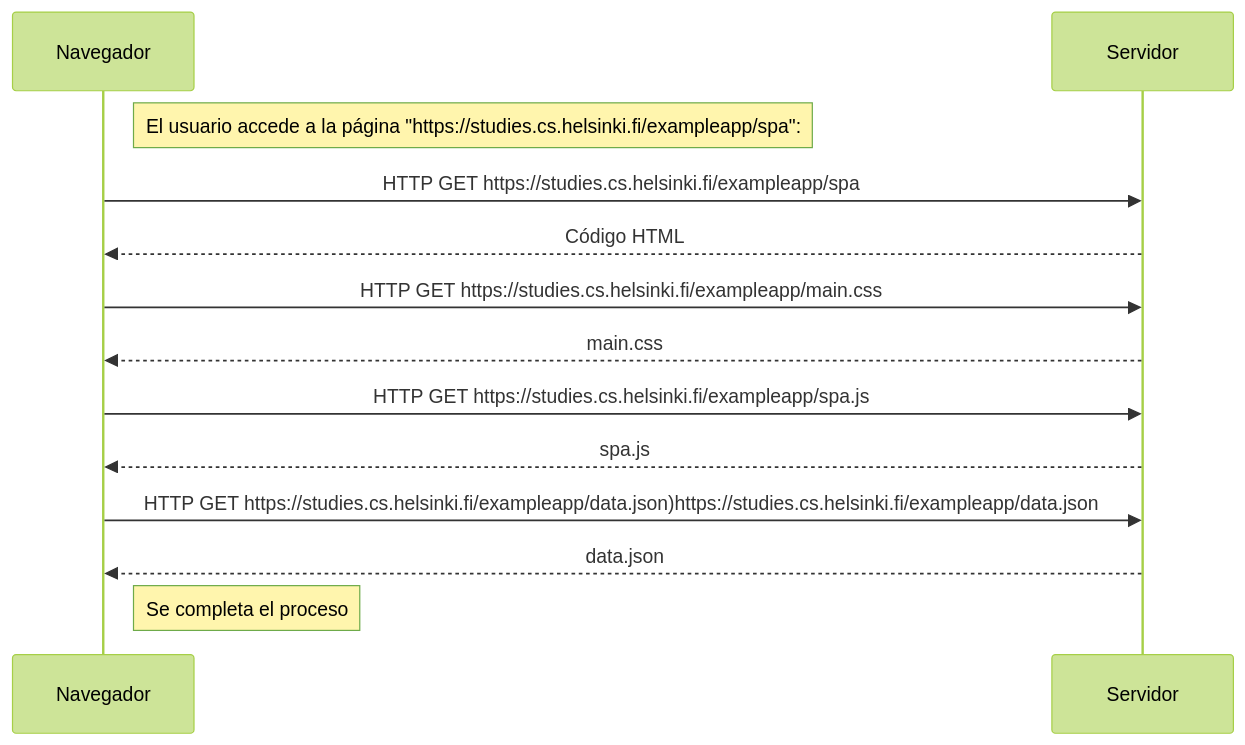
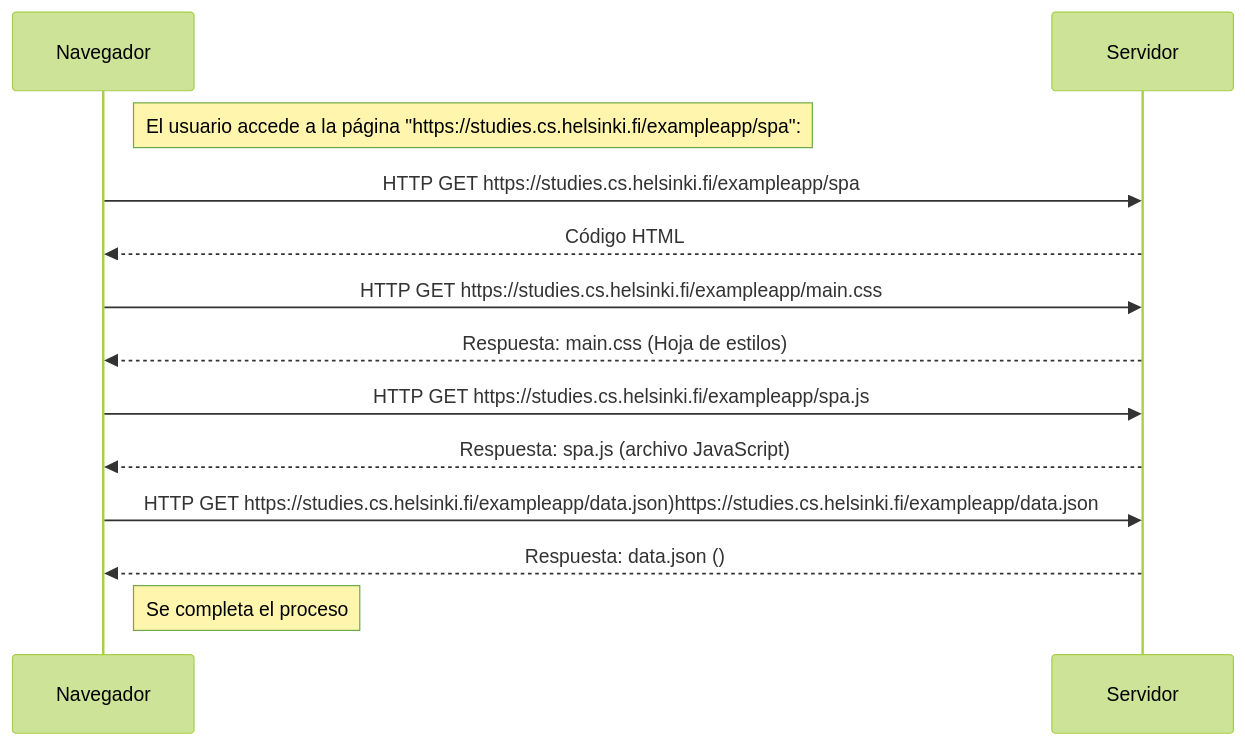
The diagram in Part-0/05-Diagrama-app-una-sola-pagina.md (estebanrcr/FullStackOpen), drawn with Mermaid (forest theme) before and after one commit.

````diff
--- a/Part-0/05-Diagrama-app-una-sola-pagina.md
+++ b/Part-0/05-Diagrama-app-una-sola-pagina.md
@@ -1,18 +1,18 @@
 ```mermaid
 sequenceDiagram
 Participant Navegador
 Participant Servidor
 
 Note right of Navegador: El usuario accede a la página "https://studies.cs.helsinki.fi/exampleapp/spa":
 Navegador ->>  Servidor: HTTP GET https://studies.cs.helsinki.fi/exampleapp/spa
 Servidor -->> Navegador: Código HTML
 Navegador ->>  Servidor: HTTP GET https://studies.cs.helsinki.fi/exampleapp/main.css
-Servidor -->> Navegador: main.css
+Servidor -->> Navegador: Respuesta: main.css (Hoja de estilos)
 Navegador ->>  Servidor:  HTTP GET https://studies.cs.helsinki.fi/exampleapp/spa.js
-Servidor -->> Navegador: spa.js
+Servidor -->> Navegador: Respuesta: spa.js (archivo JavaScript)
 Navegador ->>  Servidor: HTTP GET https://studies.cs.helsinki.fi/exampleapp/data.json)https://studies.cs.helsinki.fi/exampleapp/data.json
-Servidor -->> Navegador: data.json
+Servidor -->> Navegador: Respuesta: data.json ()
 
 Note right of Navegador: Se completa el proceso
 
 ```
````
